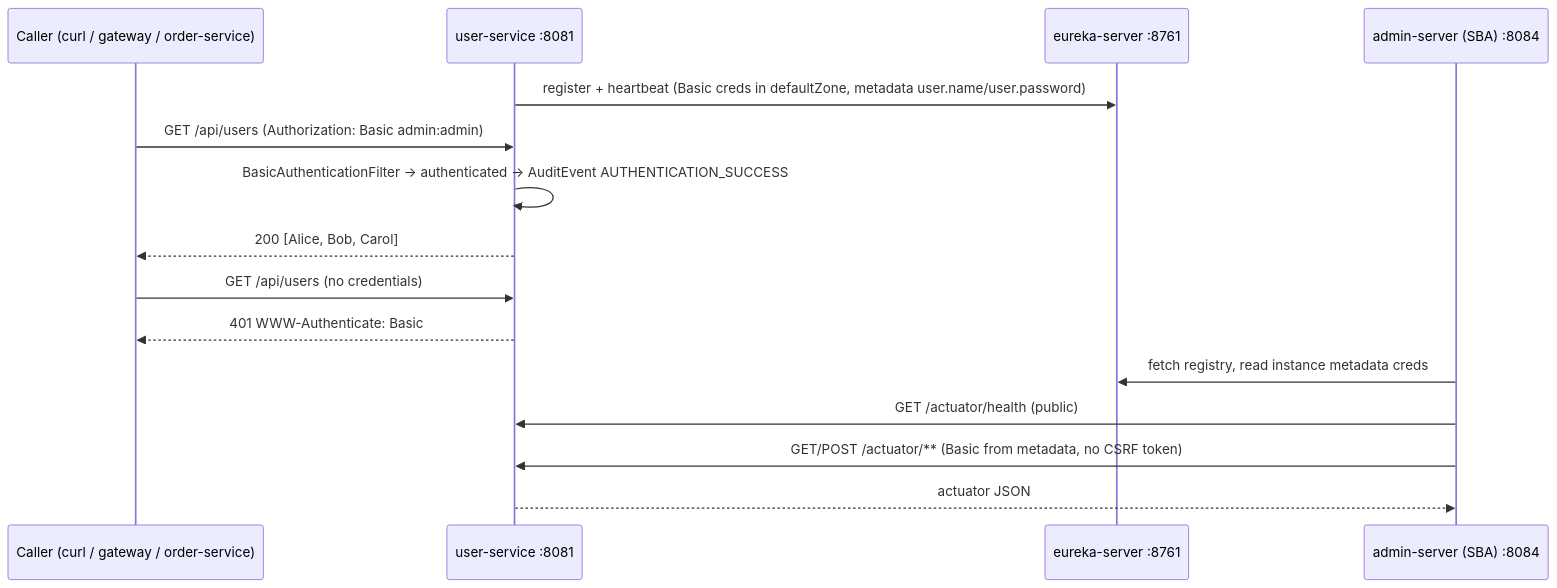
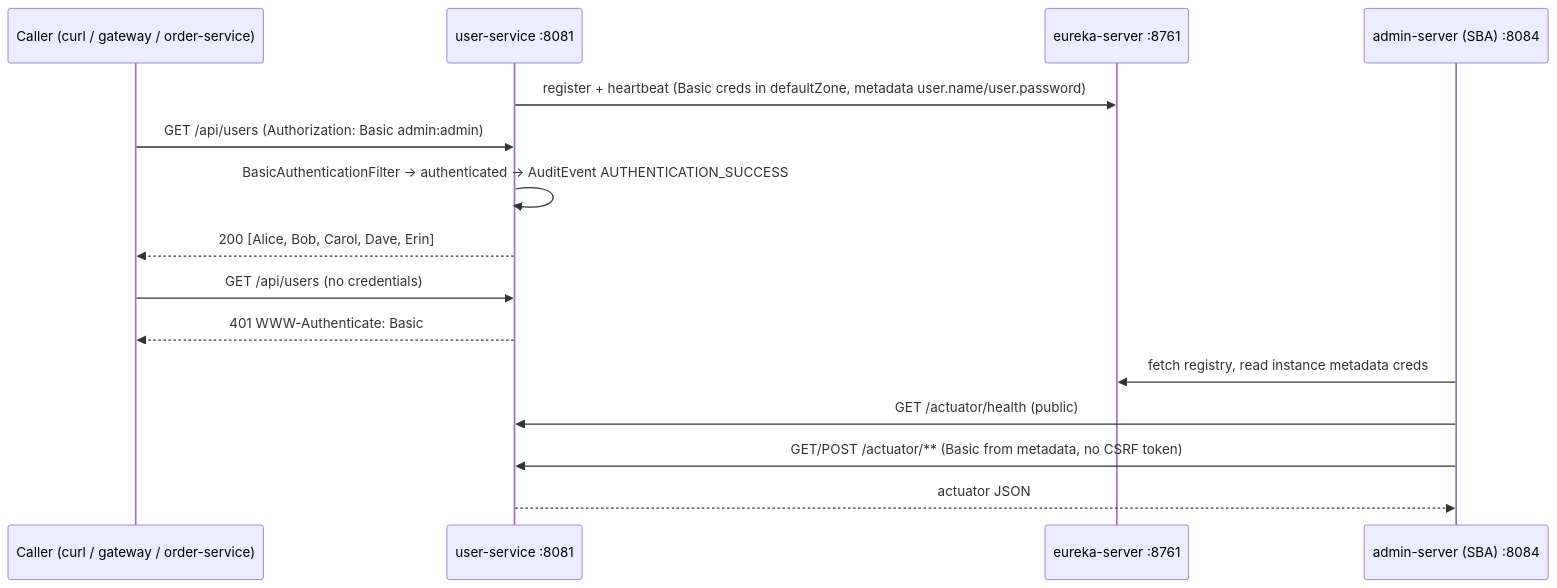
The first of 2 diagrams in user-service/README.md (himnay/learning-spring-cloud), drawn with Mermaid before and after one commit. The commit also changed other lines of this file and 6 other files, not shown here.

````diff
--- a/user-service/README.md
+++ b/user-service/README.md
@@ -186,17 +193,17 @@
 ```mermaid
 sequenceDiagram
     participant C as Caller (curl / gateway / order-service)
     participant U as user-service :8081
     participant E as eureka-server :8761
     participant S as admin-server (SBA) :8084
     U->>E: register + heartbeat (Basic creds in defaultZone, metadata user.name/user.password)
     C->>U: GET /api/users (Authorization: Basic admin:admin)
     U->>U: BasicAuthenticationFilter -> authenticated -> AuditEvent AUTHENTICATION_SUCCESS
-    U-->>C: 200 [Alice, Bob, Carol]
+    U-->>C: 200 [Alice, Bob, Carol, Dave, Erin]
     C->>U: GET /api/users (no credentials)
     U-->>C: 401 WWW-Authenticate: Basic
     S->>E: fetch registry, read instance metadata creds
     S->>U: GET /actuator/health (public)
     S->>U: GET/POST /actuator/** (Basic from metadata, no CSRF token)
     U-->>S: actuator JSON
 ```
````
